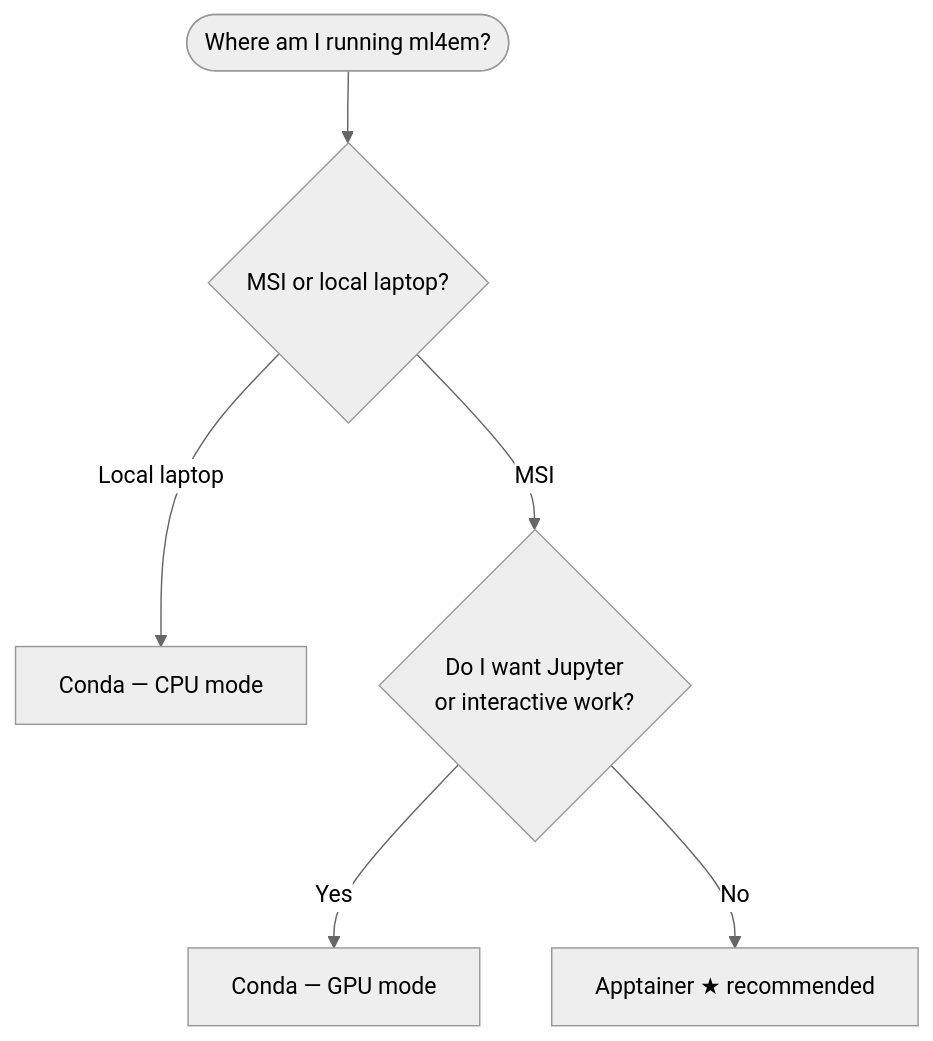
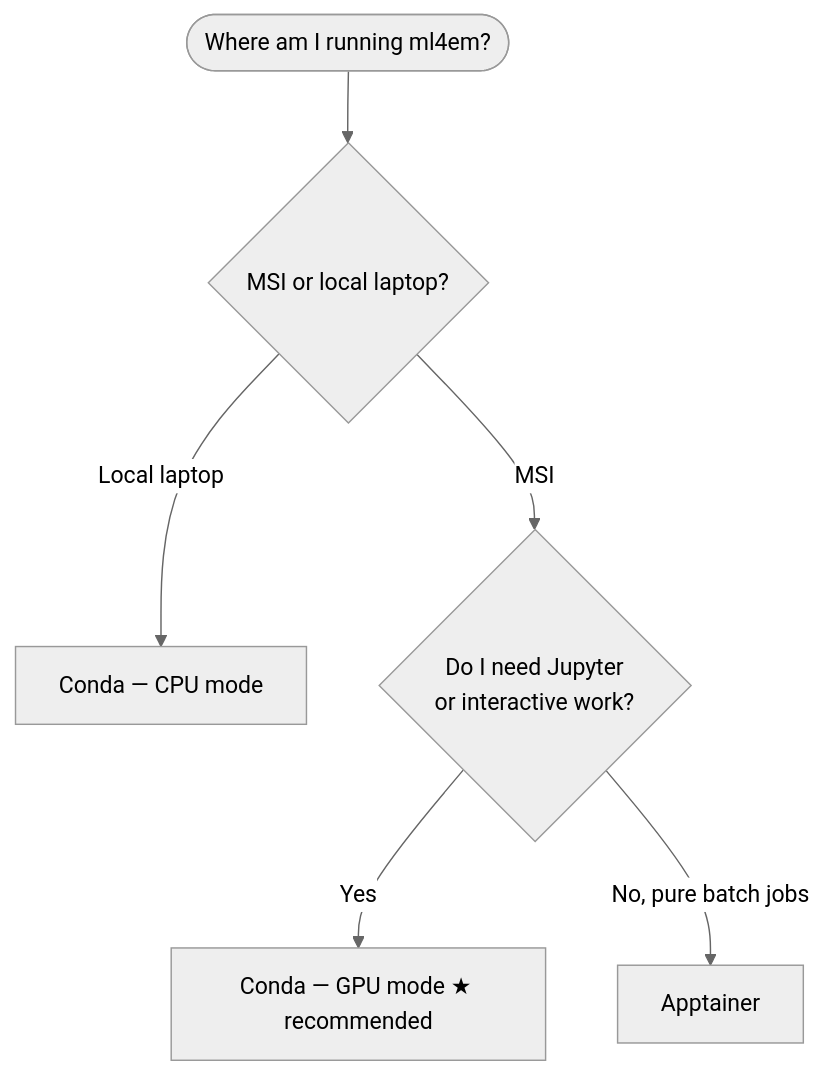
Before and after one commit to ManiacUrgency42/ml4em: the diagram in docs/deployment.md, drawn with Mermaid (neutral theme). The commit also changed other lines of this file and 1 other file, not shown here.

First line of the commit message:
docs: make Conda the recommended deployment, rewrite conda deployment doc

````diff
--- a/docs/deployment.md
+++ b/docs/deployment.md
@@ -39,8 +37,8 @@
 ```mermaid
 flowchart TD
     A([Where am I running ml4em?]) --> B{MSI or local laptop?}
     B -- Local laptop --> C[Conda — CPU mode]
-    B -- MSI --> D{Do I want Jupyter\nor interactive work?}
-    D -- Yes --> E[Conda — GPU mode]
-    D -- No --> F[Apptainer ★ recommended]
+    B -- MSI --> D{Do I need Jupyter\nor interactive work?}
+    D -- Yes --> E[Conda — GPU mode ★ recommended]
+    D -- No, pure batch jobs --> F[Apptainer]
 ```
````
